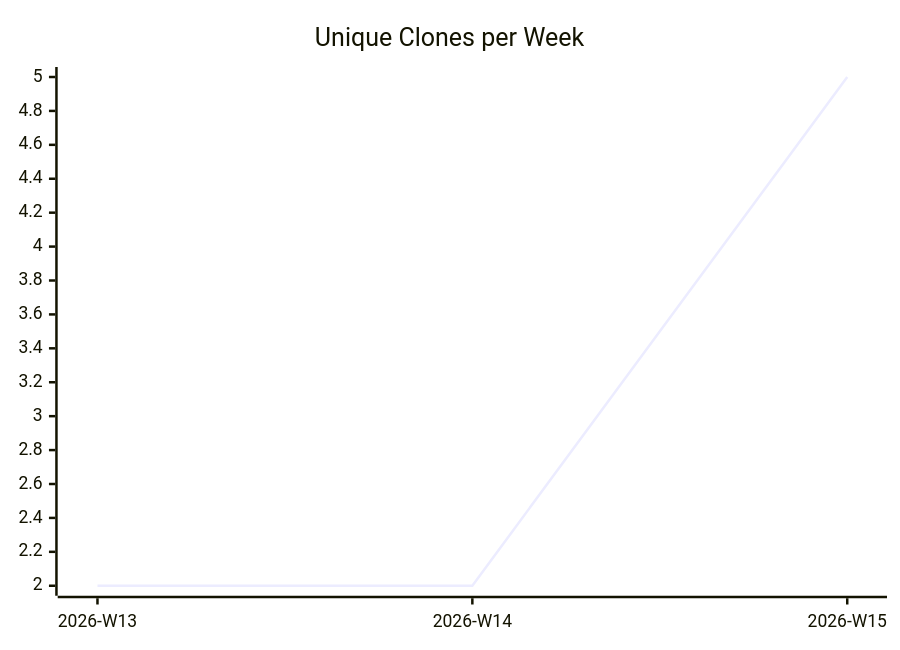
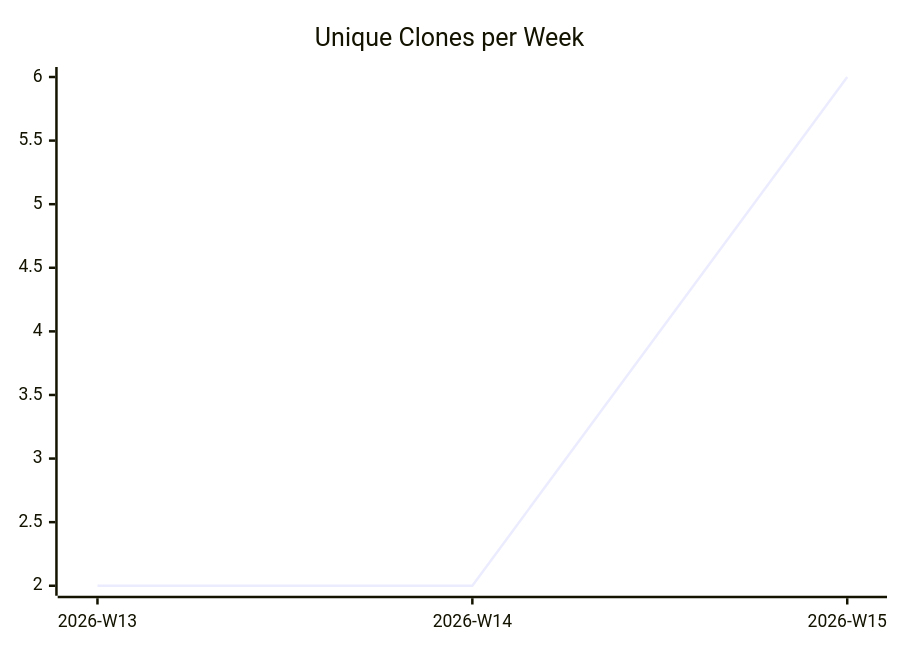
The third of 3 diagrams in karlmdavis/m2e-core-tests/README.md (justdavis-family/github-analytics-data), drawn with Mermaid before and after one commit. The commit also changed other lines of this file and 192 other files, not shown here.

````diff
--- a/karlmdavis/m2e-core-tests/README.md
+++ b/karlmdavis/m2e-core-tests/README.md
@@ -19,6 +19,6 @@
 ```mermaid
 xychart-beta
   title "Unique Clones per Week"
   x-axis ["2026-W13", "2026-W14", "2026-W15"]
-  line [2, 2, 5]
+  line [2, 2, 6]
 ```
````
